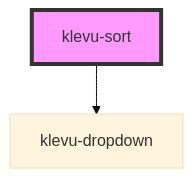
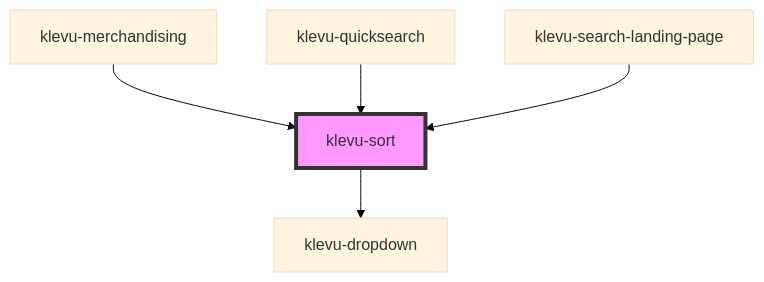
The diagram in packages/klevu-ui/src/components/klevu-sort/readme.md (klevultd/frontend-sdk), drawn with Mermaid (base theme) before and after one commit. The commit also changed other lines of this file and 199 other files, not shown here.

````diff
--- a/packages/klevu-ui/src/components/klevu-sort/readme.md
+++ b/packages/klevu-ui/src/components/klevu-sort/readme.md
@@ -20,5 +37,8 @@
 ```mermaid
 graph TD;
   klevu-sort --> klevu-dropdown
+  klevu-merchandising --> klevu-sort
+  klevu-quicksearch --> klevu-sort
+  klevu-search-landing-page --> klevu-sort
   style klevu-sort fill:#f9f,stroke:#333,stroke-width:4px
 ```
````
